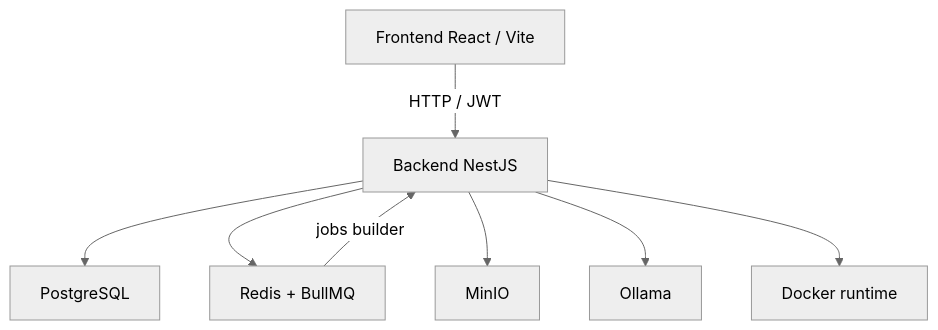
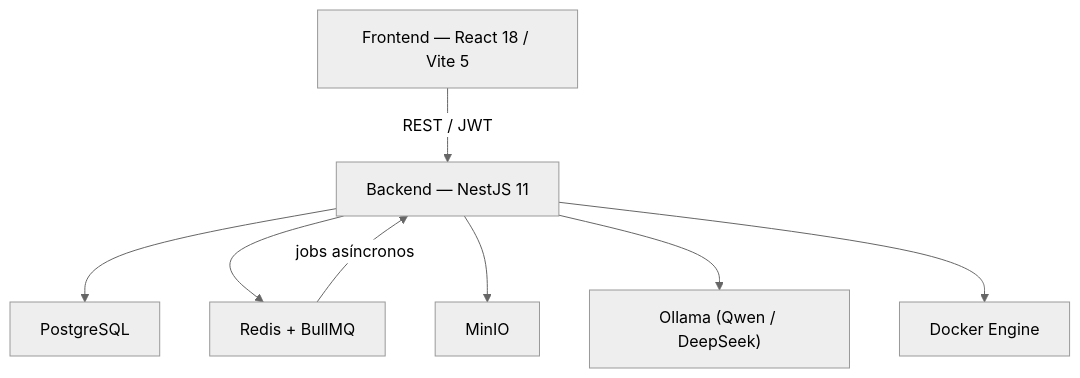
Before and after one commit to agu-aariza/DockUS: the diagram in README.md, drawn with Mermaid (neutral theme). The commit also changed other lines of this file and 2 other files, not shown here.

````diff
--- a/README.md
+++ b/README.md
@@ -22,18 +7,18 @@
 ```mermaid
 graph TD
-    UI["Frontend React / Vite"]
-    API["Backend NestJS"]
+    UI["Frontend — React 18 / Vite 5"]
+    API["Backend — NestJS 11"]
     DB["PostgreSQL"]
     RQ["Redis + BullMQ"]
     S3["MinIO"]
-    LLM["Ollama"]
-    RT["Docker runtime"]
+    LLM["Ollama (Qwen / DeepSeek)"]
+    RT["Docker Engine"]
 
-    UI -->|HTTP / JWT| API
+    UI -->|REST / JWT| API
     API --> DB
     API --> RQ
     API --> S3
     API --> LLM
     API --> RT
-    RQ -->|jobs builder| API
+    RQ -->|jobs asíncronos| API
 ```
````
